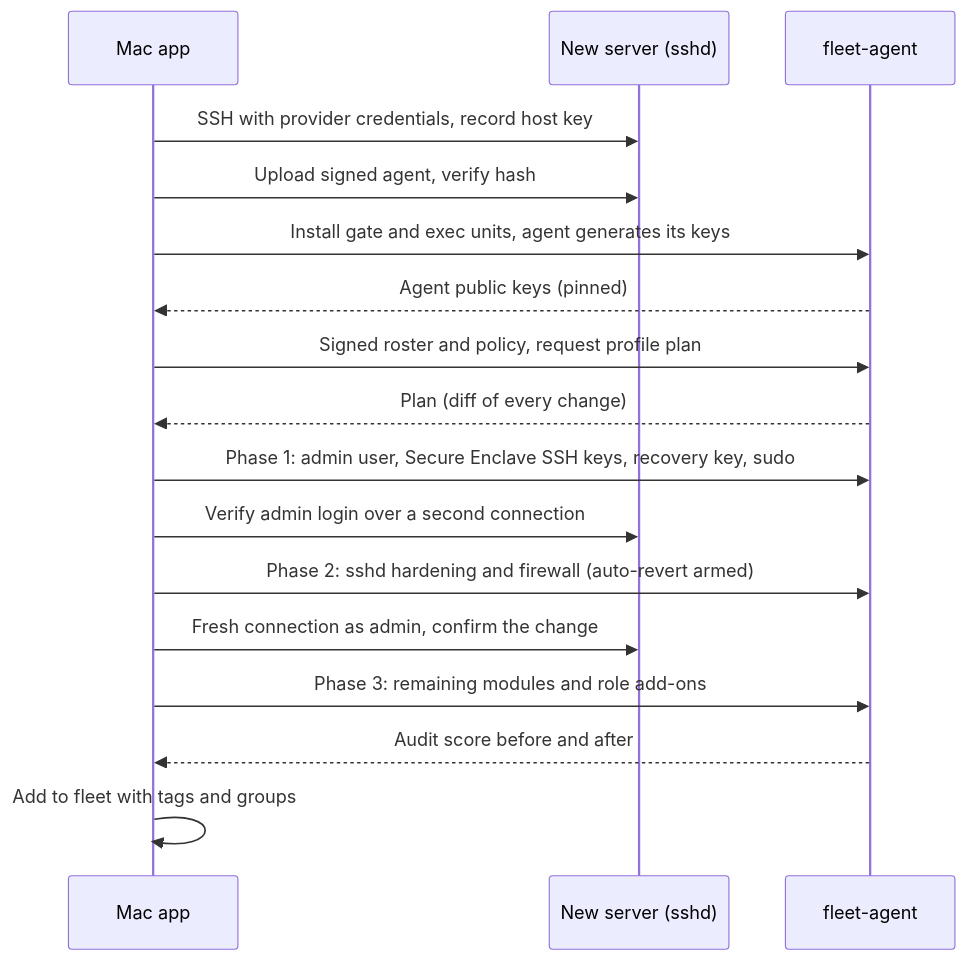
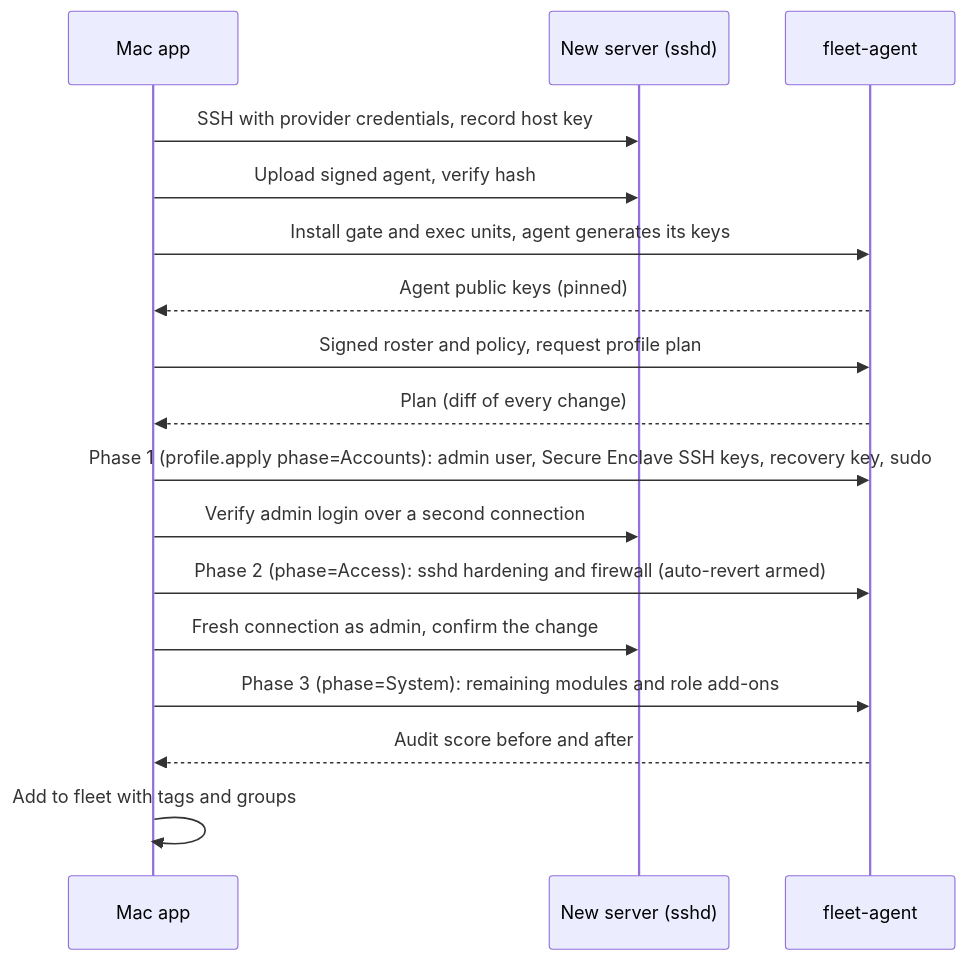
One commit to fenek-dev/fleet changed the third of 3 diagrams in docs/design.md. Above: the diagram before and after it, drawn with Mermaid. The commit also changed other lines of this file and 52 other files, not shown here.

Commit message:
proto/agent: profile phases, results through auto-revert, package sources, roster.get

````diff
--- a/docs/design.md
+++ b/docs/design.md
@@ -1258,19 +1259,19 @@
 ```mermaid
 sequenceDiagram
     participant M as Mac app
     participant S as New server (sshd)
     participant A as fleet-agent
     M->>S: SSH with provider credentials, record host key
     M->>S: Upload signed agent, verify hash
     M->>A: Install gate and exec units, agent generates its keys
     A-->>M: Agent public keys (pinned)
     M->>A: Signed roster and policy, request profile plan
     A-->>M: Plan (diff of every change)
-    M->>A: Phase 1: admin user, Secure Enclave SSH keys, recovery key, sudo
+    M->>A: Phase 1 (profile.apply phase=Accounts): admin user, Secure Enclave SSH keys, recovery key, sudo
     M->>S: Verify admin login over a second connection
-    M->>A: Phase 2: sshd hardening and firewall (auto-revert armed)
+    M->>A: Phase 2 (phase=Access): sshd hardening and firewall (auto-revert armed)
     M->>S: Fresh connection as admin, confirm the change
-    M->>A: Phase 3: remaining modules and role add-ons
+    M->>A: Phase 3 (phase=System): remaining modules and role add-ons
     A-->>M: Audit score before and after
     M->>M: Add to fleet with tags and groups
 ```
````
